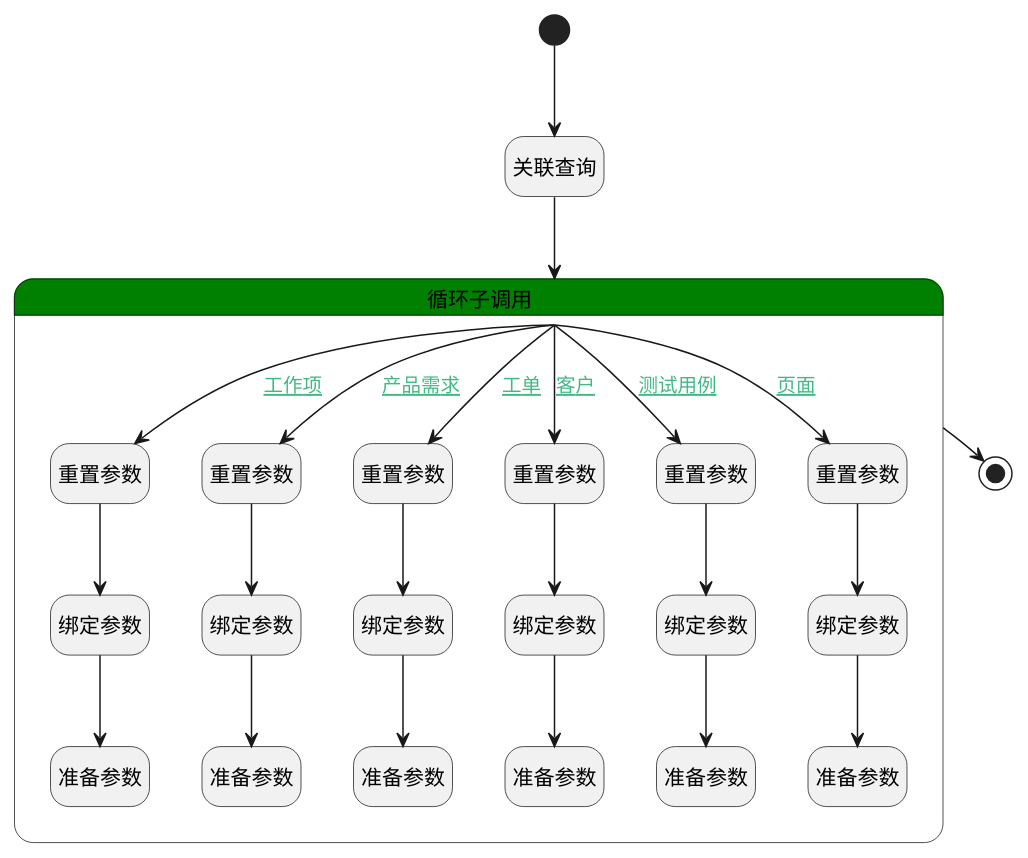
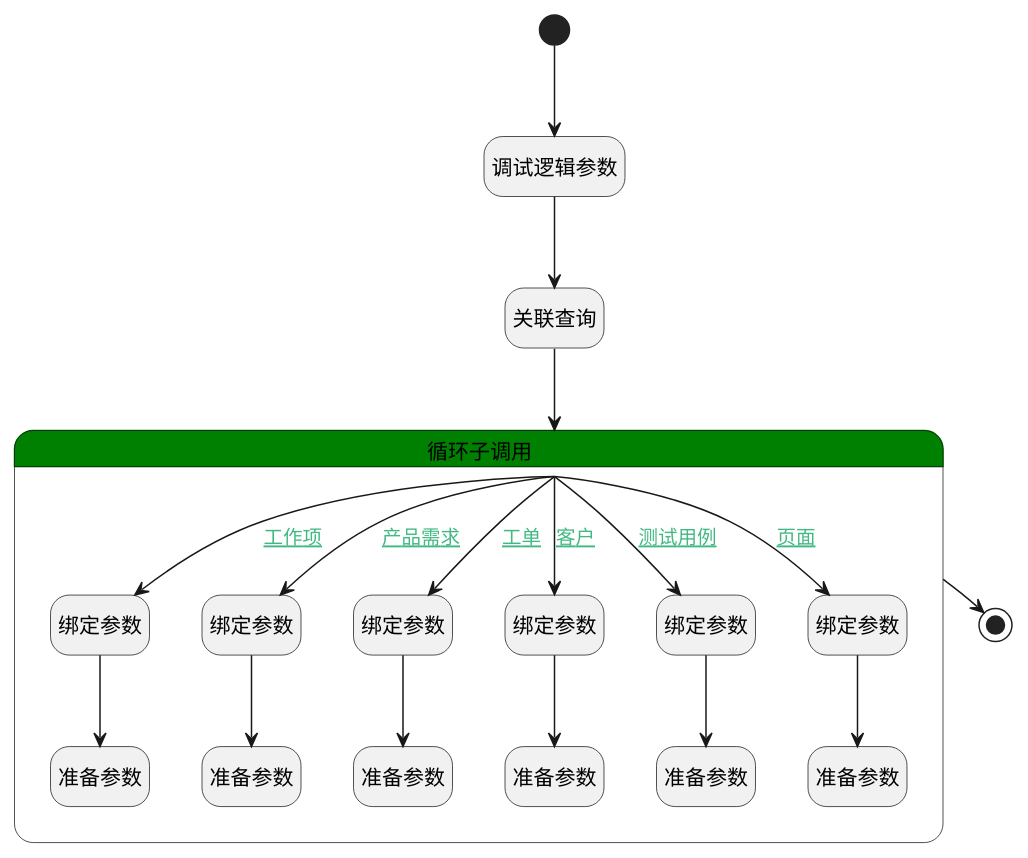
One commit to iBizLab/plm changed the diagram in doc/docsify/module/Base/search_attachment/logic/advanced_search.md. Above: the diagram before and after it, drawn with PlantUML. The commit also changed other lines of this file and 2344 other files, not shown here.

````diff
--- a/doc/docsify/module/Base/search_attachment/logic/advanced_search.md
+++ b/doc/docsify/module/Base/search_attachment/logic/advanced_search.md
@@ -7,60 +7,50 @@
 ```plantuml
 @startuml
 hide empty description
 <style>
 root {
   HyperlinkColor #42b983
 }
 </style>
 
 hide empty description
 state "开始" as Begin <<start>> [[$./advanced_search#begin {"开始"}]]
+state "调试逻辑参数" as DEBUGPARAM1  [[$./advanced_search#debugparam1 {"调试逻辑参数"}]]
 state "关联查询" as DEDATASET1  [[$./advanced_search#dedataset1 {"关联查询"}]]
 state "结束" as END1 <<end>> [[$./advanced_search#end1 {"结束"}]]
 state "循环子调用" as LOOPSUBCALL1  [[$./advanced_search#loopsubcall1 {"循环子调用"}]] #green {
-state "重置参数" as RESETPARAM1  [[$./advanced_search#resetparam1 {"重置参数"}]]
 state "绑定参数" as BINDPARAM1  [[$./advanced_search#bindparam1 {"绑定参数"}]]
 state "准备参数" as PREPAREPARAM1  [[$./advanced_search#prepareparam1 {"准备参数"}]]
-state "重置参数" as RESETPARAM2  [[$./advanced_search#resetparam2 {"重置参数"}]]
 state "绑定参数" as BINDPARAM2  [[$./advanced_search#bindparam2 {"绑定参数"}]]
 state "准备参数" as PREPAREPARAM2  [[$./advanced_search#prepareparam2 {"准备参数"}]]
-state "重置参数" as RESETPARAM3  [[$./advanced_search#resetparam3 {"重置参数"}]]
 state "绑定参数" as BINDPARAM3  [[$./advanced_search#bindparam3 {"绑定参数"}]]
 state "准备参数" as PREPAREPARAM3  [[$./advanced_search#prepareparam3 {"准备参数"}]]
-state "重置参数" as RESETPARAM4  [[$./advanced_search#resetparam4 {"重置参数"}]]
 state "绑定参数" as BINDPARAM4  [[$./advanced_search#bindparam4 {"绑定参数"}]]
 state "准备参数" as PREPAREPARAM4  [[$./advanced_search#prepareparam4 {"准备参数"}]]
-state "重置参数" as RESETPARAM5  [[$./advanced_search#resetparam5 {"重置参数"}]]
 state "绑定参数" as BINDPARAM5  [[$./advanced_search#bindparam5 {"绑定参数"}]]
 state "准备参数" as PREPAREPARAM5  [[$./advanced_search#prepareparam5 {"准备参数"}]]
-state "重置参数" as RESETPARAM6  [[$./advanced_search#resetparam6 {"重置参数"}]]
 state "绑定参数" as BINDPARAM6  [[$./advanced_search#bindparam6 {"绑定参数"}]]
 state "准备参数" as PREPAREPARAM6  [[$./advanced_search#prepareparam6 {"准备参数"}]]
 }
 
 
-Begin --> DEDATASET1
+Begin --> DEBUGPARAM1
+DEBUGPARAM1 --> DEDATASET1
 DEDATASET1 --> LOOPSUBCALL1
-LOOPSUBCALL1 --> RESETPARAM1 : [[$./advanced_search#loopsubcall1-resetparam1{工作项} 工作项]]
-RESETPARAM1 --> BINDPARAM1
+LOOPSUBCALL1 --> BINDPARAM1 : [[$./advanced_search#loopsubcall1-bindparam1{工作项} 工作项]]
 BINDPARAM1 --> PREPAREPARAM1
 LOOPSUBCALL1 --> END1
-LOOPSUBCALL1 --> RESETPARAM2 : [[$./advanced_search#loopsubcall1-resetparam2{产品需求} 产品需求]]
-RESETPARAM2 --> BINDPARAM2
+LOOPSUBCALL1 --> BINDPARAM2 : [[$./advanced_search#loopsubcall1-bindparam2{产品需求} 产品需求]]
 BINDPARAM2 --> PREPAREPARAM2
-LOOPSUBCALL1 --> RESETPARAM3 : [[$./advanced_search#loopsubcall1-resetparam3{工单} 工单]]
-RESETPARAM3 --> BINDPARAM3
+LOOPSUBCALL1 --> BINDPARAM3 : [[$./advanced_search#loopsubcall1-bindparam3{工单} 工单]]
 BINDPARAM3 --> PREPAREPARAM3
-LOOPSUBCALL1 --> RESETPARAM4 : [[$./advanced_search#loopsubcall1-resetparam4{客户} 客户]]
-RESETPARAM4 --> BINDPARAM4
+LOOPSUBCALL1 --> BINDPARAM4 : [[$./advanced_search#loopsubcall1-bindparam4{客户} 客户]]
 BINDPARAM4 --> PREPAREPARAM4
-LOOPSUBCALL1 --> RESETPARAM5 : [[$./advanced_search#loopsubcall1-resetparam5{测试用例} 测试用例]]
-RESETPARAM5 --> BINDPARAM5
+LOOPSUBCALL1 --> BINDPARAM5 : [[$./advanced_search#loopsubcall1-bindparam5{测试用例} 测试用例]]
 BINDPARAM5 --> PREPAREPARAM5
-LOOPSUBCALL1 --> RESETPARAM6 : [[$./advanced_search#loopsubcall1-resetparam6{页面} 页面]]
-RESETPARAM6 --> BINDPARAM6
+LOOPSUBCALL1 --> BINDPARAM6 : [[$./advanced_search#loopsubcall1-bindparam6{页面} 页面]]
 BINDPARAM6 --> PREPAREPARAM6
 
 
 @enduml
 ```
````
